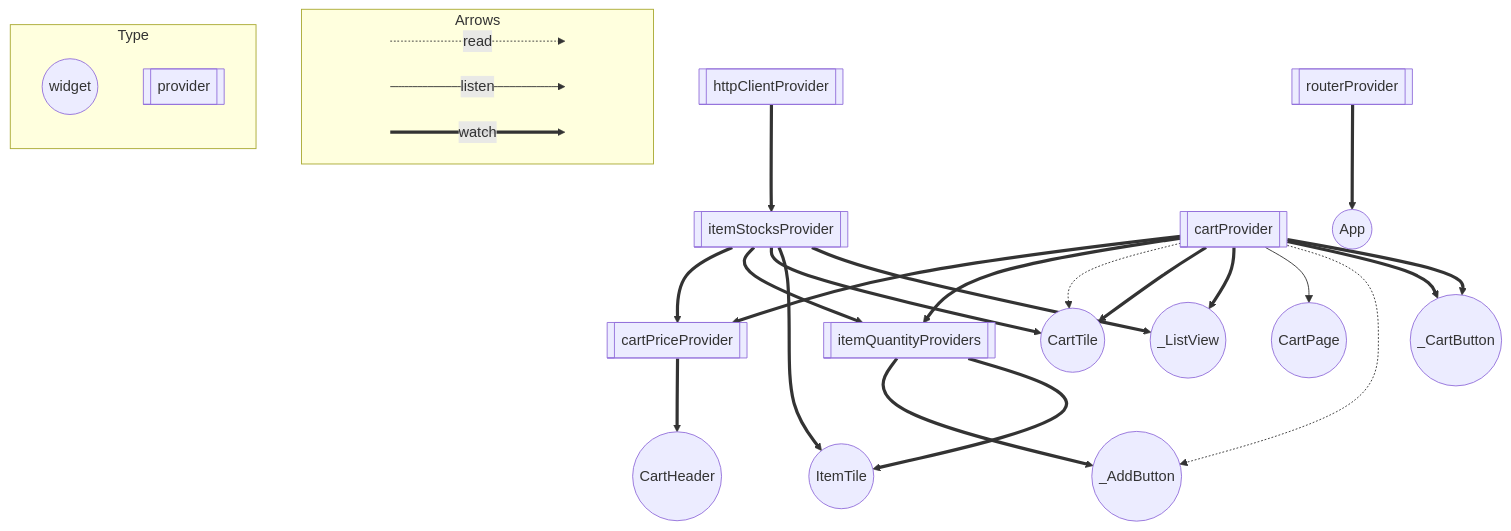
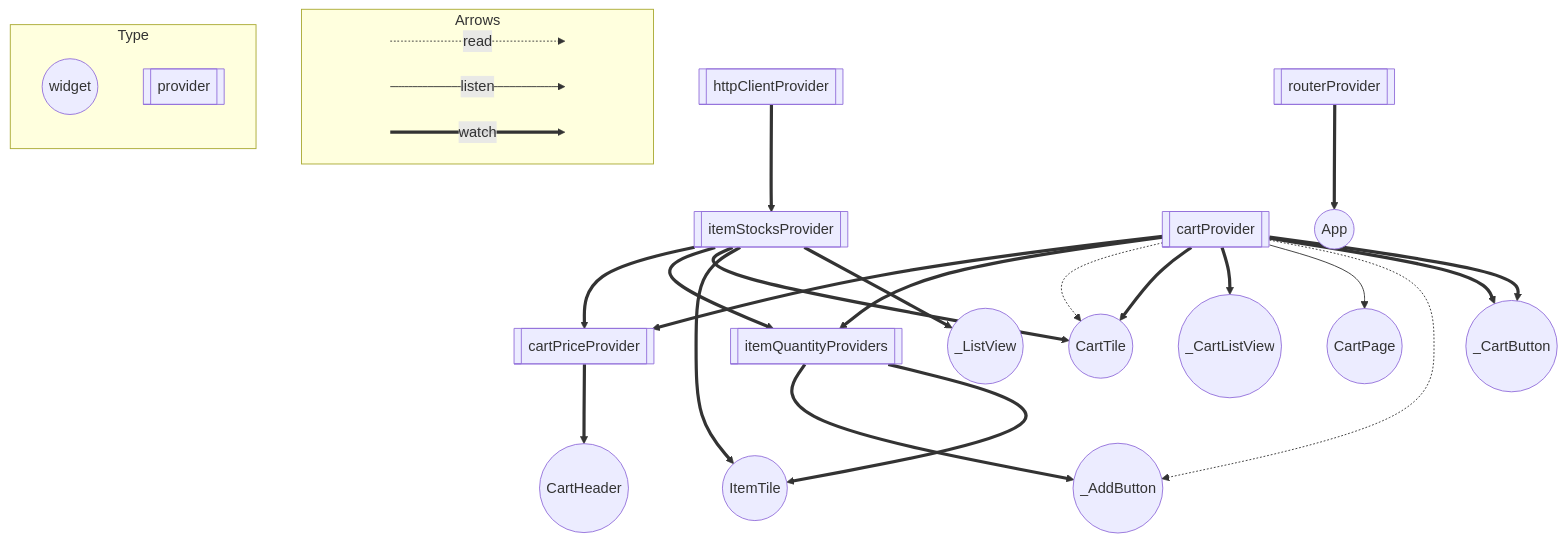
Before and after one commit to mono0926/wdb106-flutter: the diagram in README.md, drawn with Mermaid. The commit also changed 1 other file, not shown here.

````diff
--- a/README.md
+++ b/README.md
@@ -26,55 +26,55 @@
 ```mermaid
 flowchart TB
   subgraph Arrows
     direction LR
     start1[ ] -..->|read| stop1[ ]
     style start1 height:0px;
     style stop1 height:0px;
     start2[ ] --->|listen| stop2[ ]
     style start2 height:0px;
     style stop2 height:0px;
     start3[ ] ===>|watch| stop3[ ]
     style start3 height:0px;
     style stop3 height:0px;
   end
 
   subgraph Type
     direction TB
     ConsumerWidget((widget));
     Provider[[provider]];
   end
   _ListView((_ListView));
   itemStocksProvider ==> _ListView;
   _CartButton((_CartButton));
   cartProvider ==> _CartButton;
   cartProvider ==> _CartButton;
   ItemTile((ItemTile));
   itemStocksProvider ==> ItemTile;
   itemQuantityProviders ==> ItemTile;
   _AddButton((_AddButton));
   itemQuantityProviders ==> _AddButton;
   cartProvider -.-> _AddButton;
   CartPage((CartPage));
   cartProvider --> CartPage;
-  _ListView((_ListView));
-  cartProvider ==> _ListView;
+  _CartListView((_CartListView));
+  cartProvider ==> _CartListView;
   CartHeader((CartHeader));
   cartPriceProvider ==> CartHeader;
   CartTile((CartTile));
   itemStocksProvider ==> CartTile;
   cartProvider ==> CartTile;
   cartProvider -.-> CartTile;
   App((App));
   routerProvider ==> App;
   itemStocksProvider[[itemStocksProvider]];
   httpClientProvider ==> itemStocksProvider;
   httpClientProvider[[httpClientProvider]];
   itemQuantityProviders[[itemQuantityProviders]];
   itemStocksProvider ==> itemQuantityProviders;
   cartProvider ==> itemQuantityProviders;
   cartProvider[[cartProvider]];
   cartPriceProvider[[cartPriceProvider]];
   cartProvider ==> cartPriceProvider;
   itemStocksProvider ==> cartPriceProvider;
   routerProvider[[routerProvider]];
   ```
````
